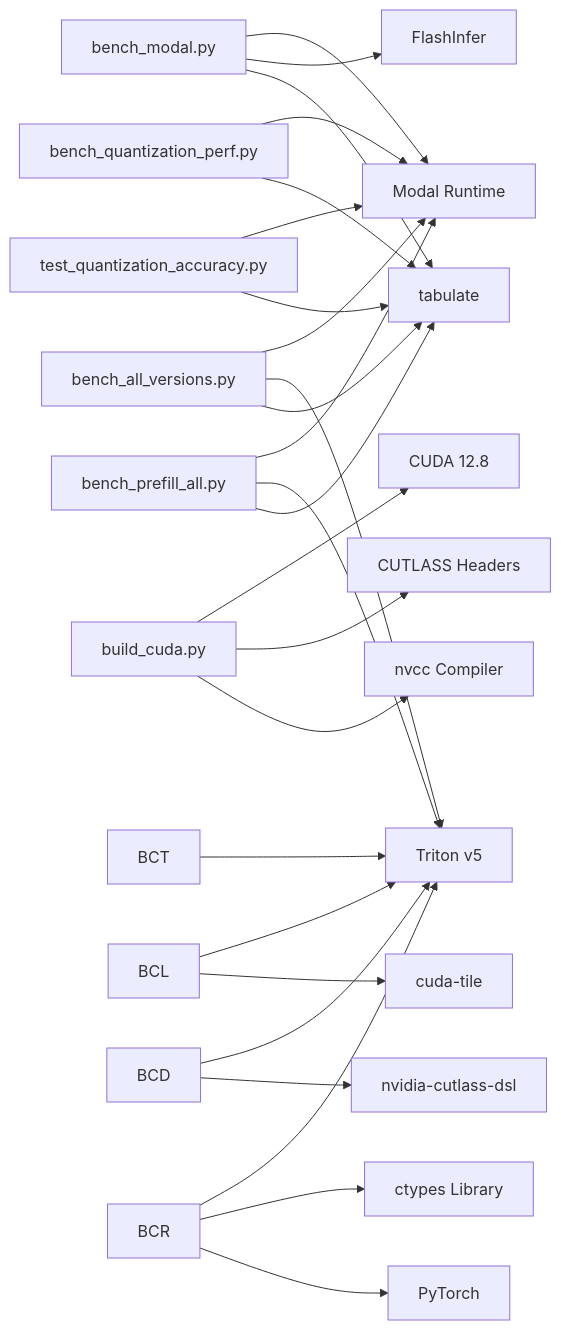
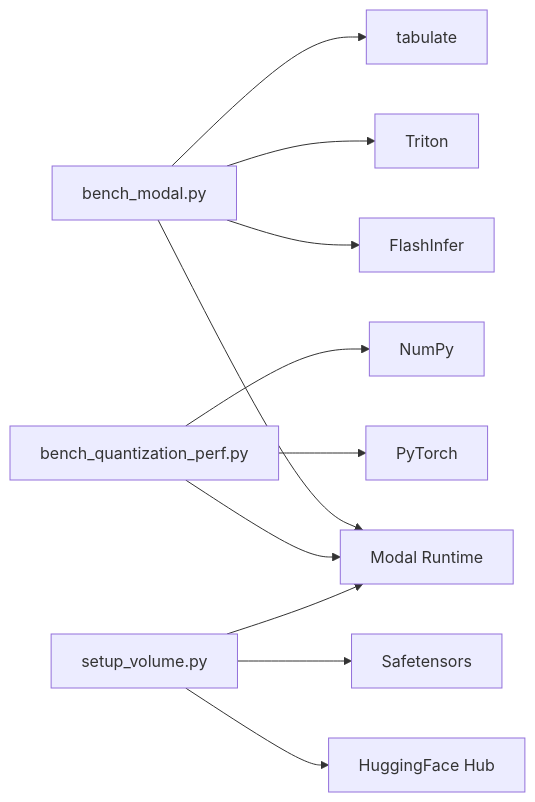
Before and after one commit to gugudeshubao/flashinfer-bench-tma-thrust: the third of 3 diagrams in .qoder/repowiki/en/content/Benchmarking Framework/Benchmarking Framework.md, drawn with Mermaid. The commit also changed other lines of this file and 23 other files, not shown here.

````diff
--- a/.qoder/repowiki/en/content/Benchmarking Framework/Benchmarking Framework.md
+++ b/.qoder/repowiki/en/content/Benchmarking Framework/Benchmarking Framework.md
@@ -535,27 +215,13 @@
 ```mermaid
 graph LR
 BM["bench_modal.py"] --> MODAL["Modal Runtime"]
 BQP["bench_quantization_perf.py"] --> MODAL
-TQA["test_quantization_accuracy.py"] --> MODAL
-BAV["bench_all_versions.py"] --> MODAL
-BPA["bench_prefill_all.py"] --> MODAL
-BC["build_cuda.py"] --> CUDA["CUDA 12.8"]
-BC --> CUTLASS["CUTLASS Headers"]
-BC --> NVCC["nvcc Compiler"]
+SV["setup_volume.py"] --> MODAL
 BM --> FLASHINFER["FlashInfer"]
-BAV --> TRITON["Triton v5"]
-BPA --> TRITON
-BCR --> TRITON
-BCT --> TRITON
-BCL --> TRITON
-BCD --> TRITON
-BCD --> CUTLASS_DSL["nvidia-cutlass-dsl"]
-BCL --> CUTILE["cuda-tile"]
-BCR --> CTYPES["ctypes Library"]
-BCR --> PYTORCH["PyTorch"]
+BM --> TRITON["Triton"]
+BQP --> TORCH["PyTorch"]
+BQP --> NUMPY["NumPy"]
+SV --> HF["HuggingFace Hub"]
+SV --> SAFE["Safetensors"]
 BM --> TABULATE["tabulate"]
-BQP --> TABULATE
-TQA --> TABULATE
-BAV --> TABULATE
-BPA --> TABULATE
 ```
````
